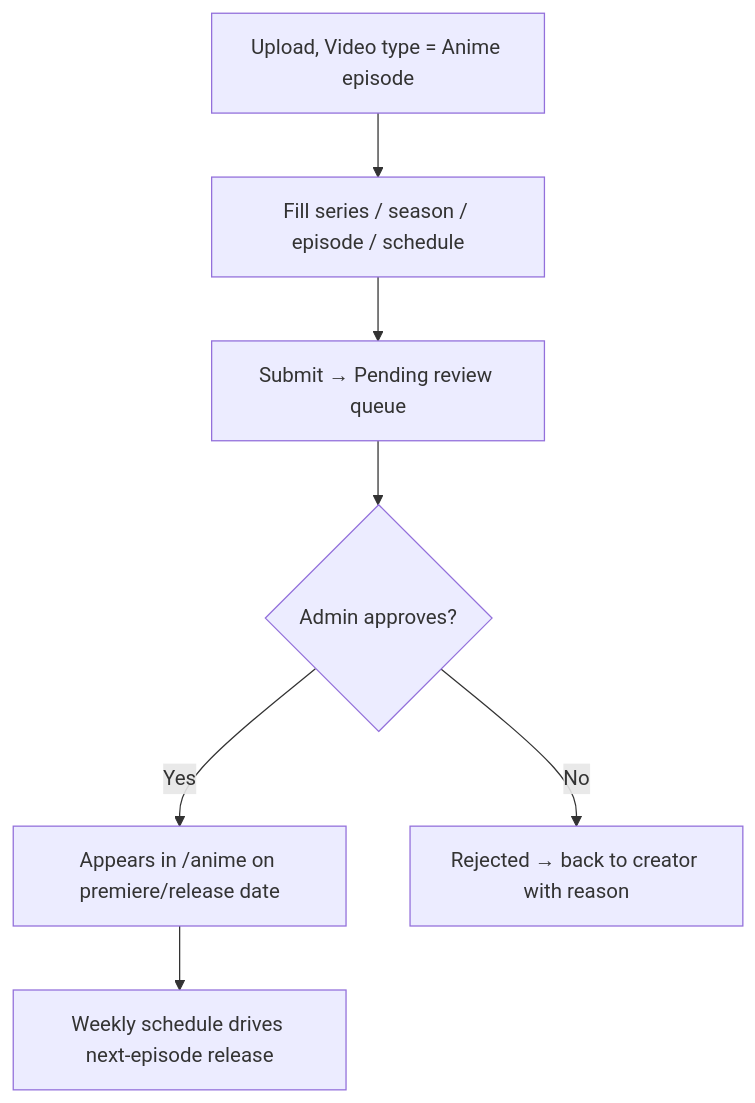
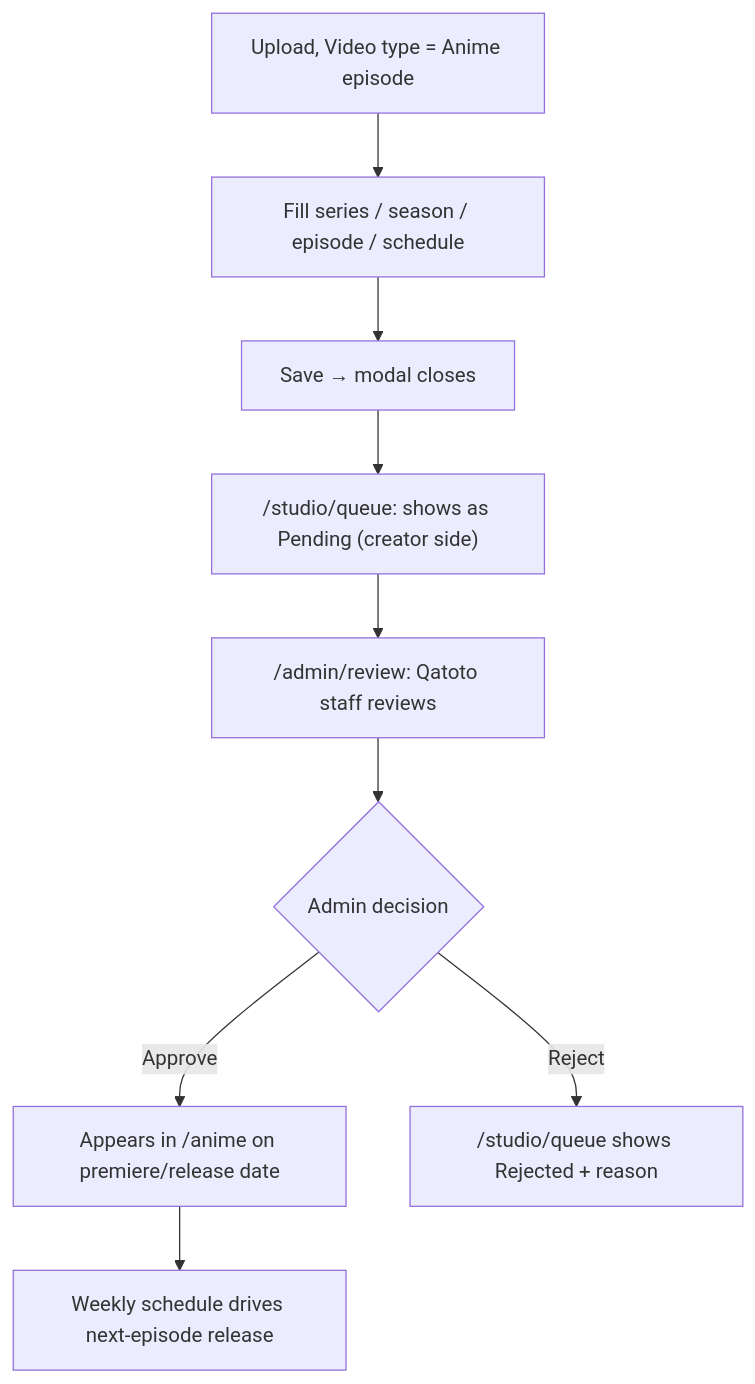
One commit to vidyesh95/qatoto-frontend changed the fourth of 9 diagrams in UPLOAD_VIDEO_STRUCTURE.md. Above: the diagram before and after it, drawn with Mermaid. The commit also changed other lines of this file and 1 other file, not shown here.

````diff
--- a/UPLOAD_VIDEO_STRUCTURE.md
+++ b/UPLOAD_VIDEO_STRUCTURE.md
@@ -170,9 +180,11 @@
 ```mermaid
 flowchart TD
     A["Upload, Video type = Anime episode"] --> B[Fill series / season / episode / schedule]
-    B --> C[Submit → Pending review queue]
-    C --> D{Admin approves?}
-    D -->|Yes| E[Appears in /anime on premiere/release date]
-    D -->|No| F[Rejected → back to creator with reason]
-    E --> G[Weekly schedule drives next-episode release]
+    B --> C[Save → modal closes]
+    C --> D["/studio/queue: shows as Pending (creator side)"]
+    D --> E["/admin/review: Qatoto staff reviews"]
+    E --> F{Admin decision}
+    F -->|Approve| G[Appears in /anime on premiere/release date]
+    F -->|Reject| H["/studio/queue shows Rejected + reason"]
+    G --> I[Weekly schedule drives next-episode release]
 ```
````
